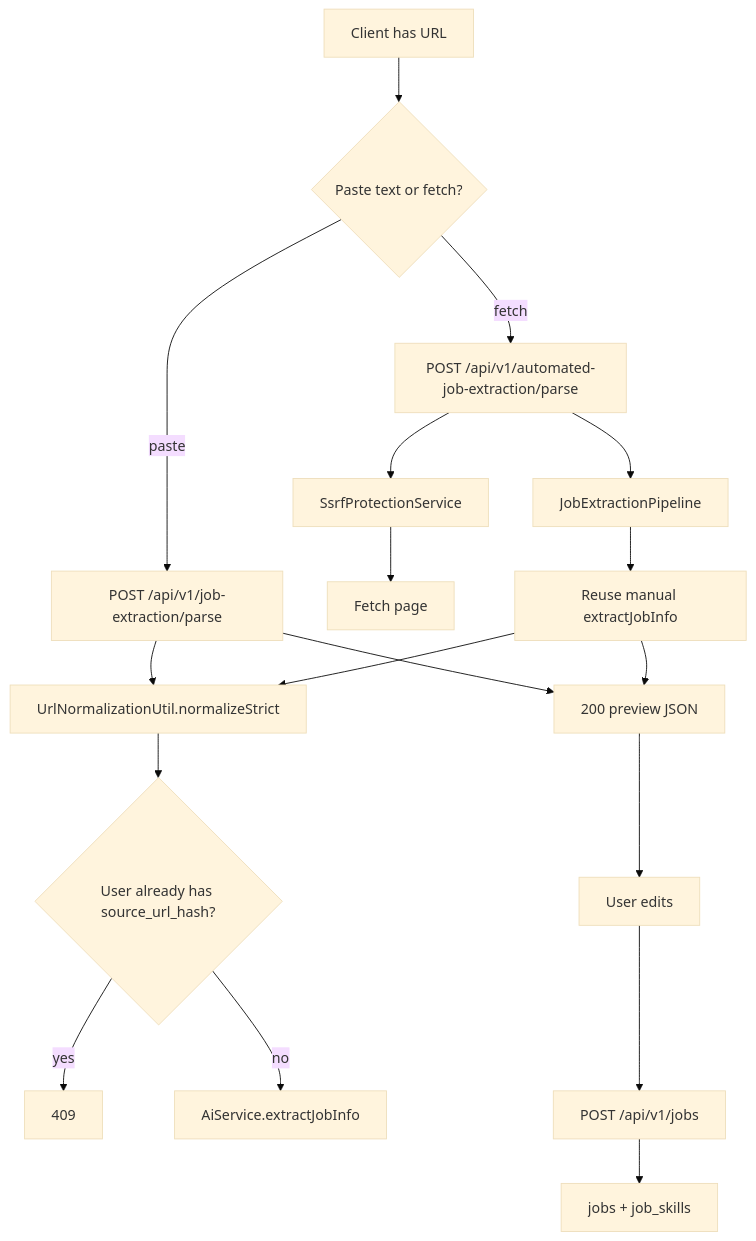
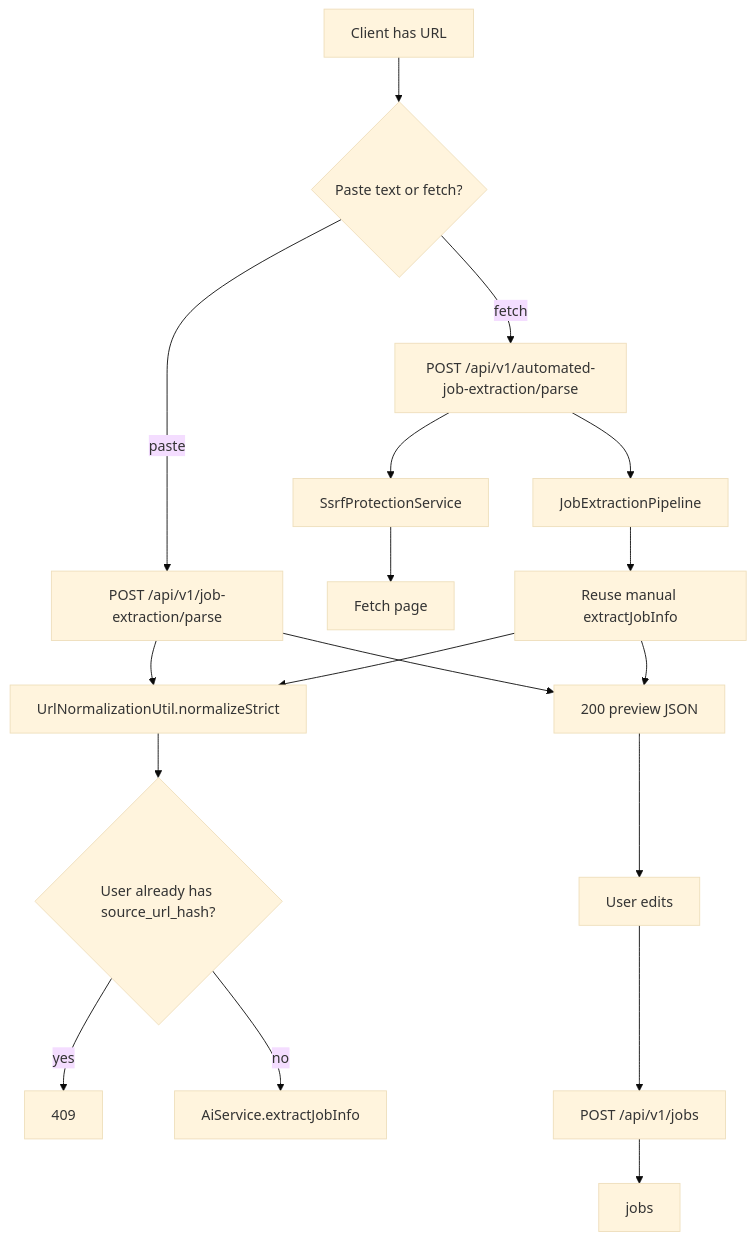
One commit to Venkata-Nageswara-Bhadri78/CodePilot changed the sixth of 7 diagrams in docs/FLOW.md. Above: the diagram before and after it, drawn with Mermaid (base theme). The commit also changed 31 other files, not shown here.

````diff
--- a/docs/FLOW.md
+++ b/docs/FLOW.md
@@ -123,20 +123,20 @@
 ```mermaid
 flowchart TD
     A[Client has URL] --> B{Paste text or fetch?}
     B -->|paste| M[POST /api/v1/job-extraction/parse]
     B -->|fetch| F[POST /api/v1/automated-job-extraction/parse]
     F --> SSRF[SsrfProtectionService]
     SSRF --> HTTP[Fetch page]
     F --> Pipe[JobExtractionPipeline]
     Pipe --> M2[Reuse manual extractJobInfo]
     M --> Norm[UrlNormalizationUtil.normalizeStrict]
     M2 --> Norm
     Norm --> Dup{User already has source_url_hash?}
     Dup -->|yes| C409[409]
     Dup -->|no| AI[AiService.extractJobInfo]
     M --> Preview[200 preview JSON]
     M2 --> Preview
     Preview --> Edit[User edits]
     Edit --> Save[POST /api/v1/jobs]
-    Save --> Row[jobs + job_skills]
+    Save --> Row[jobs]
 ```
````
